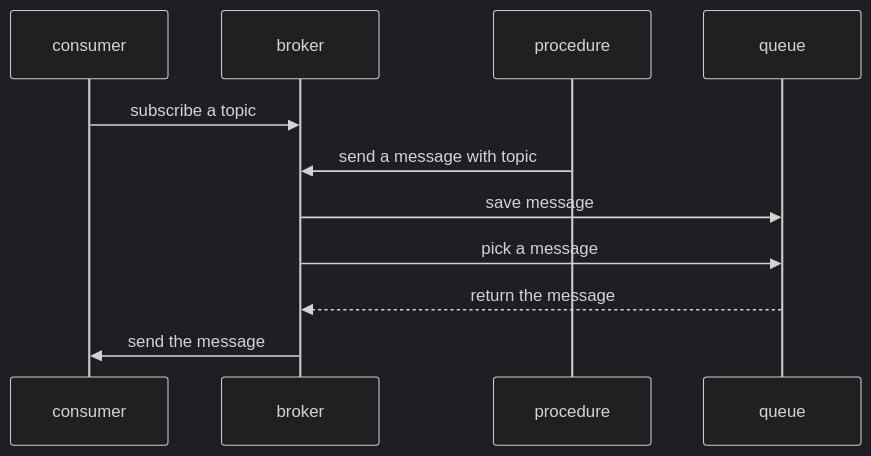
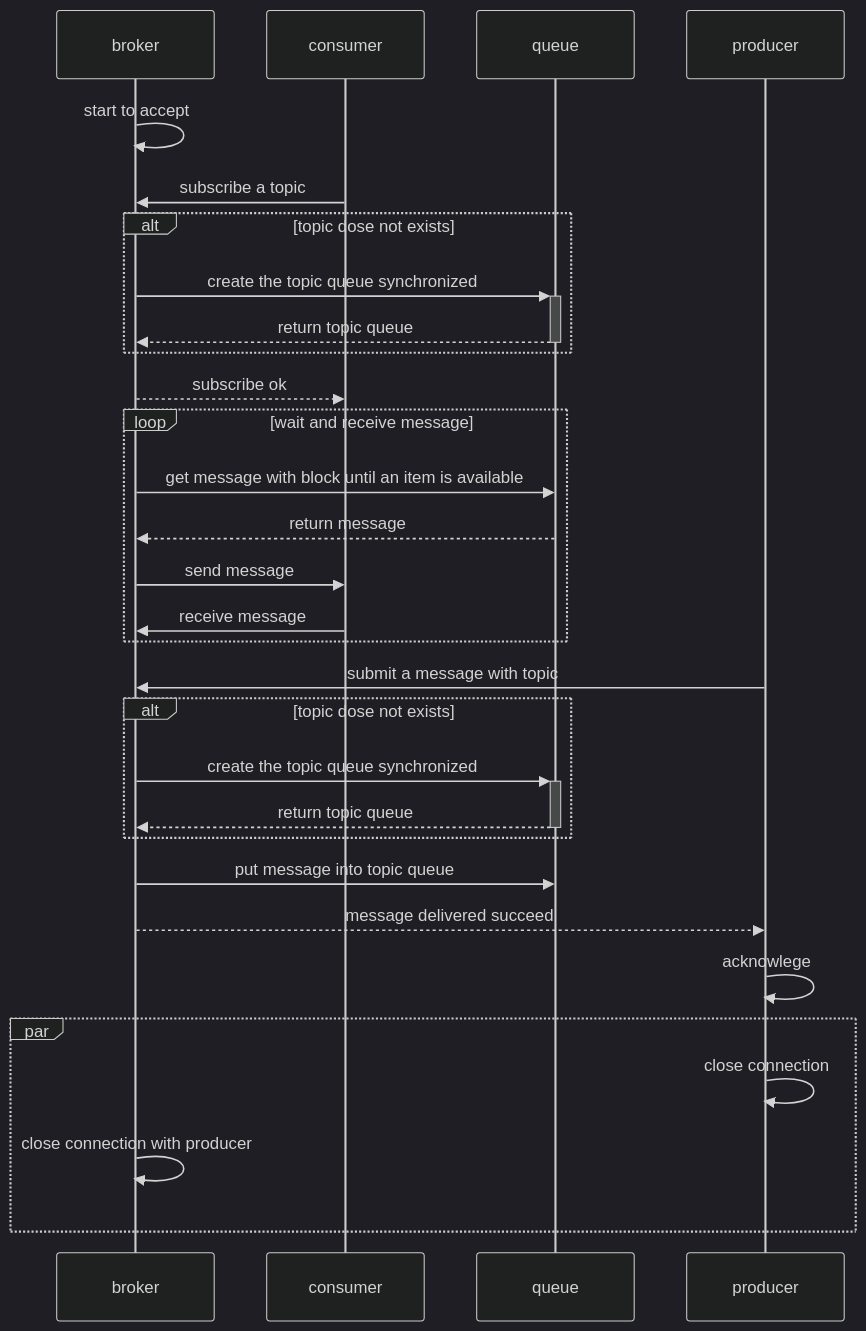
The diagram in README.md (shenhuiqi/pmq), drawn with Mermaid (dark theme) before and after one commit. The commit also changed other lines of this file and 2 other files, not shown here.

Commit message:
add pub/sub sequence and some examples

````diff
--- a/README.md
+++ b/README.md
@@ -4,9 +7,28 @@
 ```mermaid
 sequenceDiagram
+    broker->>broker:start to accept
     consumer->>broker:subscribe a topic
-    procedure->>broker:send a message with topic
-    broker->>queue:save message
-    broker->>queue:pick a message
-    queue-->>broker:return the message
-    broker->>consumer:send the message
+    alt topic dose not exists
+        broker->>+queue:create the topic queue synchronized
+        queue-->>-broker:return topic queue
+    end
+    broker-->>consumer:subscribe ok
+    loop wait and receive message
+        broker->>queue:get message with block until an item is available
+        queue-->>broker:return message
+        broker->>consumer:send message
+        consumer->>broker:receive message
+    end
+    producer->>broker:submit a message with topic
+    alt topic dose not exists
+        broker->>+queue:create the topic queue synchronized
+        queue-->>-broker:return topic queue
+    end
+    broker->>queue:put message into topic queue
+    broker-->>producer:message delivered succeed
+    producer->>producer:acknowlege
+    par
+        producer->>producer:close connection
+        broker->>broker:close connection with producer
+    end
 ```
````
